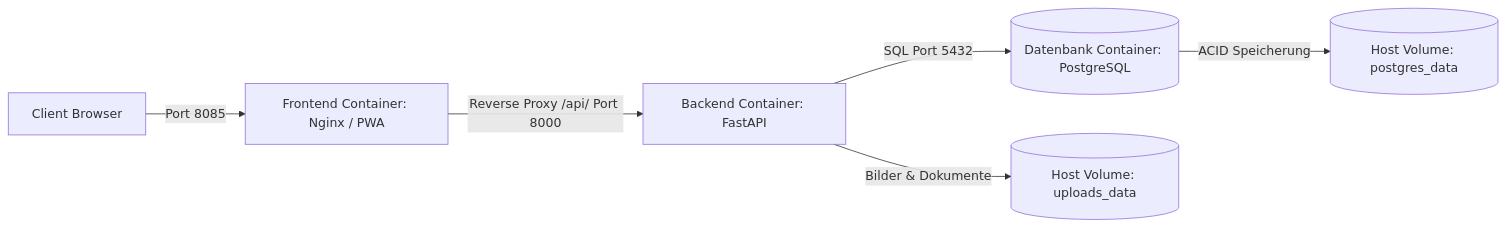
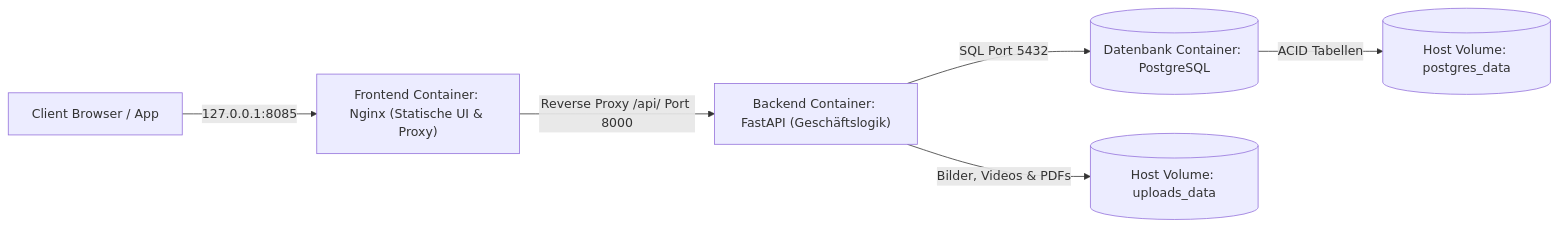
The second of 4 diagrams in content/posts/upa-campus-app-architecture-part-2/index.de.md (Pascal-Thommen/pascal-thommen.github.io), drawn with Mermaid before and after one commit. The commit also changed other lines of this file and 20 other files, not shown here.

Commit message:
feat(posts): refine UPA Campus App architecture series with holistic webapp mental model and specification depth

````diff
--- a/content/posts/upa-campus-app-architecture-part-2/index.de.md
+++ b/content/posts/upa-campus-app-architecture-part-2/index.de.md
@@ -64,8 +62,8 @@
 ```mermaid
 flowchart LR
-    Browser["Client Browser"] -->|Port 8085| Nginx["Frontend Container: Nginx / PWA"]
-    Nginx -->|Reverse Proxy /api/ Port 8000| FastAPI["Backend Container: FastAPI"]
+    Browser["Client Browser / App"] -->|127.0.0.1:8085| Nginx["Frontend Container: Nginx (Statische UI & Proxy)"]
+    Nginx -->|Reverse Proxy /api/ Port 8000| FastAPI["Backend Container: FastAPI (Geschäftslogik)"]
     FastAPI -->|SQL Port 5432| Postgres[("Datenbank Container: PostgreSQL")]
-    Postgres -->|ACID Speicherung| VolPG[("Host Volume: postgres_data")]
-    FastAPI -->|Bilder & Dokumente| VolUpload[("Host Volume: uploads_data")]
+    Postgres -->|ACID Tabellen| VolPG[("Host Volume: postgres_data")]
+    FastAPI -->|Bilder, Videos & PDFs| VolUpload[("Host Volume: uploads_data")]
 ```
````
